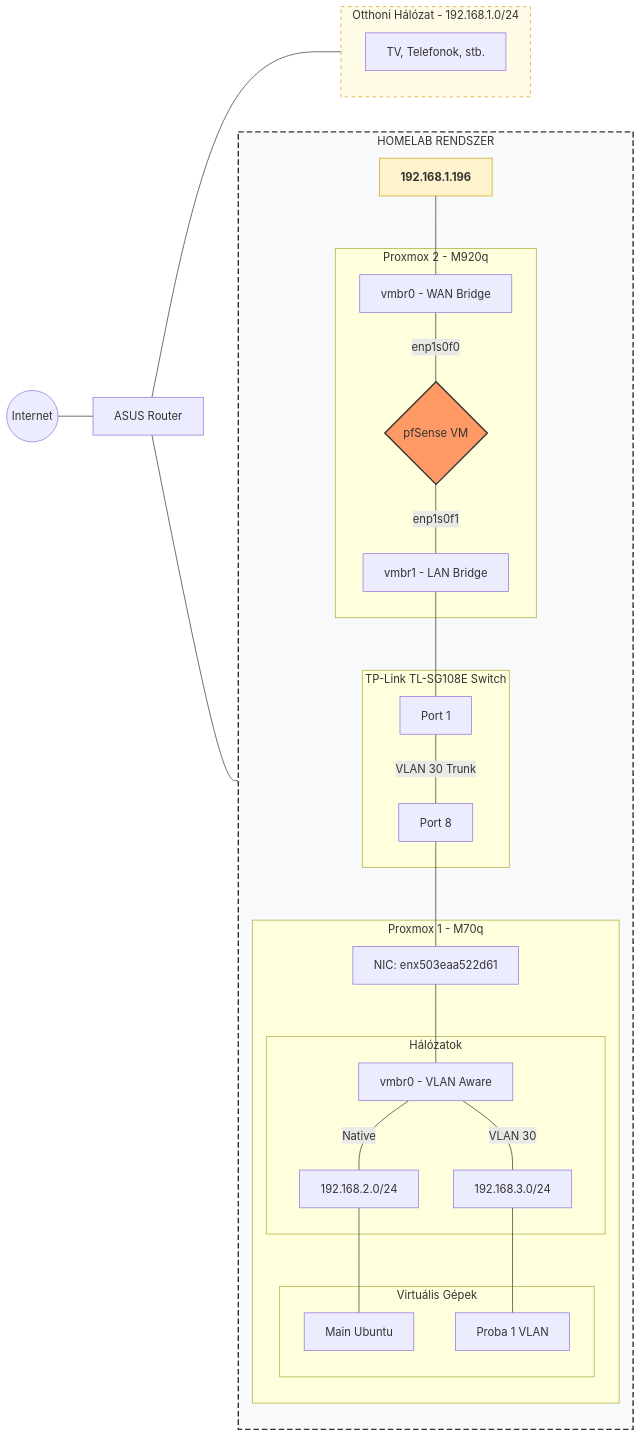
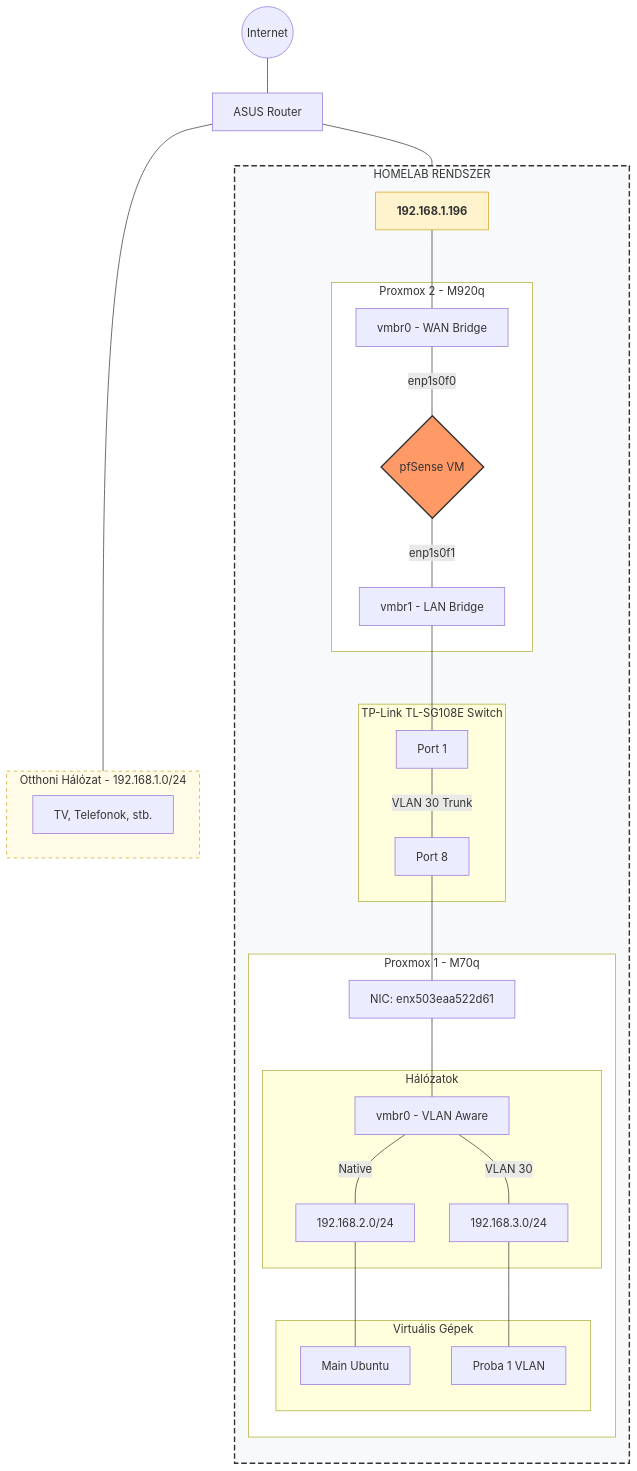
The diagram in 00-Homelab_Hardware/proba.md (torokrolf/homelab), drawn with Mermaid before and after one commit.

````diff
--- a/00-Homelab_Hardware/proba.md
+++ b/00-Homelab_Hardware/proba.md
@@ -1,60 +1,69 @@
 ```mermaid
-graph LR
-    %% Külső világ központi helyen
+graph TD
+    %% Külső világ legfelül
     Internet((Internet)) --- Asus[ASUS Router]
 
-    %% Bal oldali ág: Otthoni cuccok
-    subgraph Home_Net [Otthoni Hálózat - 192.168.1.0/24]
+    %% Az ASUS-ból két külön út indul lefelé
+    Asus --- Home_Net_Box
+    Asus --- Entry_IP
+
+    %% Első megálló: Otthoni hálózat (Külön dobozban, hogy ne takarja az IP-t)
+    subgraph Home_Net_Box [Otthoni Hálózat - 192.168.1.0/24]
         Devices[TV, Telefonok, stb.]
     end
-    Asus --- Home_Net
 
-    %% Jobb oldali ág: A Homelab belépés
-    Asus --- Entry[192.168.1.196]
+    %% Második megálló: A Homelab dedikált IP címe
+    Entry_IP[192.168.1.196]
 
     subgraph Homelab_System [HOMELAB RENDSZER]
         direction TB
         
+        %% Proxmox 2 (A tűzfalad)
         subgraph Node2 [Proxmox 2 - M920q]
             VMBR0_P2[vmbr0 - WAN Bridge]
             pfS{pfSense VM}
             VMBR1_P2[vmbr1 - LAN Bridge]
 
             VMBR0_P2 -- "enp1s0f0" --- pfS
             pfS -- "enp1s0f1" --- VMBR1_P2
         end
 
-        Entry --- VMBR0_P2
+        %% Az IP doboz csatlakozása a fizikai bridge-hez
+        Entry_IP --- VMBR0_P2
 
+        %% Switch
         VMBR1_P2 --- SW_P1
         
         subgraph Switch [TP-Link TL-SG108E Switch]
             SW_P1[Port 1] -- "VLAN 30 Trunk" --- SW_P8[Port 8]
         end
 
+        %% Proxmox 1 (A szervered)
         SW_P8 --- P1_NIC
         
         subgraph Node1 [Proxmox 1 - M70q]
             P1_NIC[NIC: enx503eaa522d61]
             P1_Bridge[vmbr0 - VLAN Aware]
             
             P1_NIC --- P1_Bridge
 
             subgraph Subnets [Hálózatok]
                 P1_Bridge -- "Native" --- LAN2[192.168.2.0/24]
                 P1_Bridge -- "VLAN 30" --- VLAN3[192.168.3.0/24]
             end
 
             subgraph VMs [Virtuális Gépek]
                 LAN2 --- Ubu[Main Ubuntu]
                 VLAN3 --- P1V[Proba 1 VLAN]
             end
         end
     end
 
-    %% Stílusok a tiszta megjelenésért
+    %% Stílusok a tiszta vizualizációhoz
     style Homelab_System fill:#f8f9fa,stroke:#333,stroke-width:2px,stroke-dasharray: 8 4
-    style Entry fill:#fff3cd,stroke:#d4a017,font-weight:bold
+    style Entry_IP fill:#fff3cd,stroke:#d4a017,font-weight:bold
     style pfS fill:#f96,stroke:#333,stroke-width:2px
-    style Home_Net fill:#fffbe6,stroke:#d4a017,stroke-dasharray: 5 5
+    style Home_Net_Box fill:#fffbe6,stroke:#d4a017,stroke-dasharray: 5 5
+    style Node1 fill:#fff
+    style Node2 fill:#fff
 ```
````
